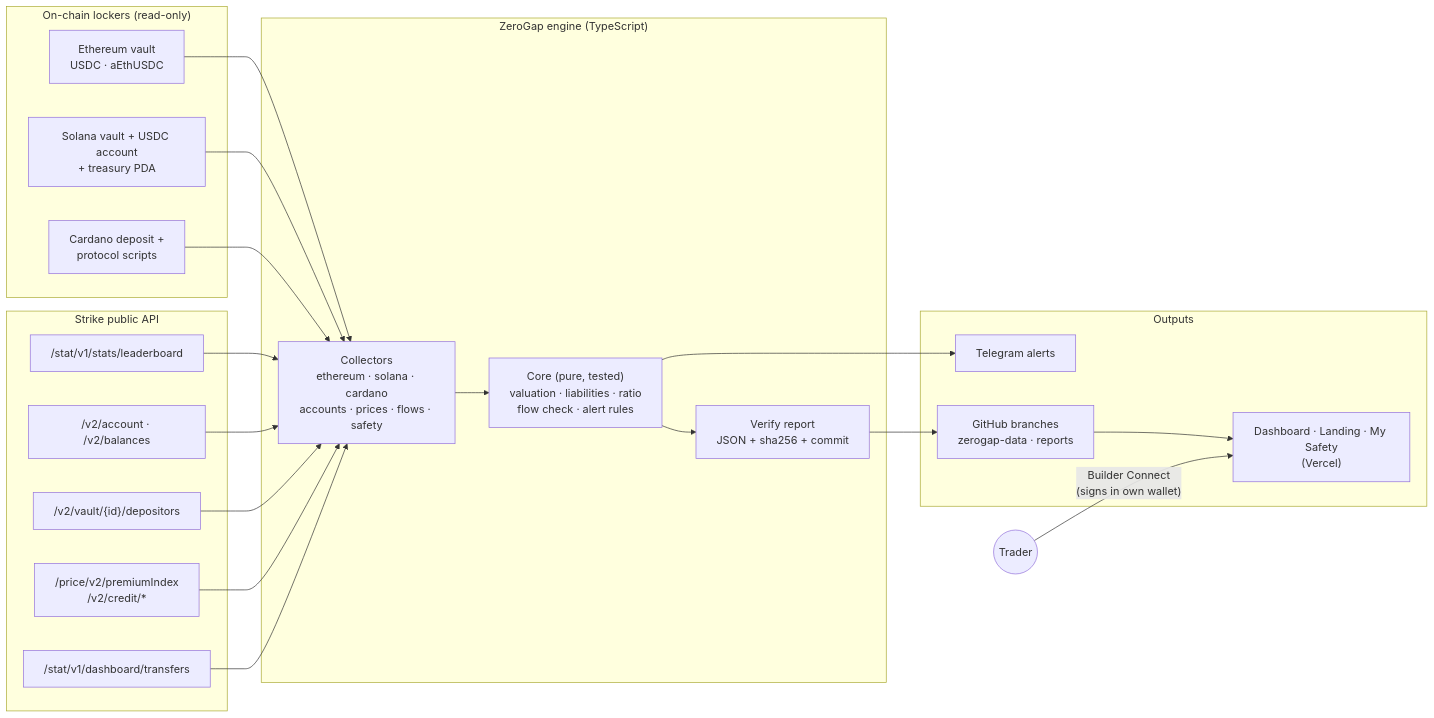
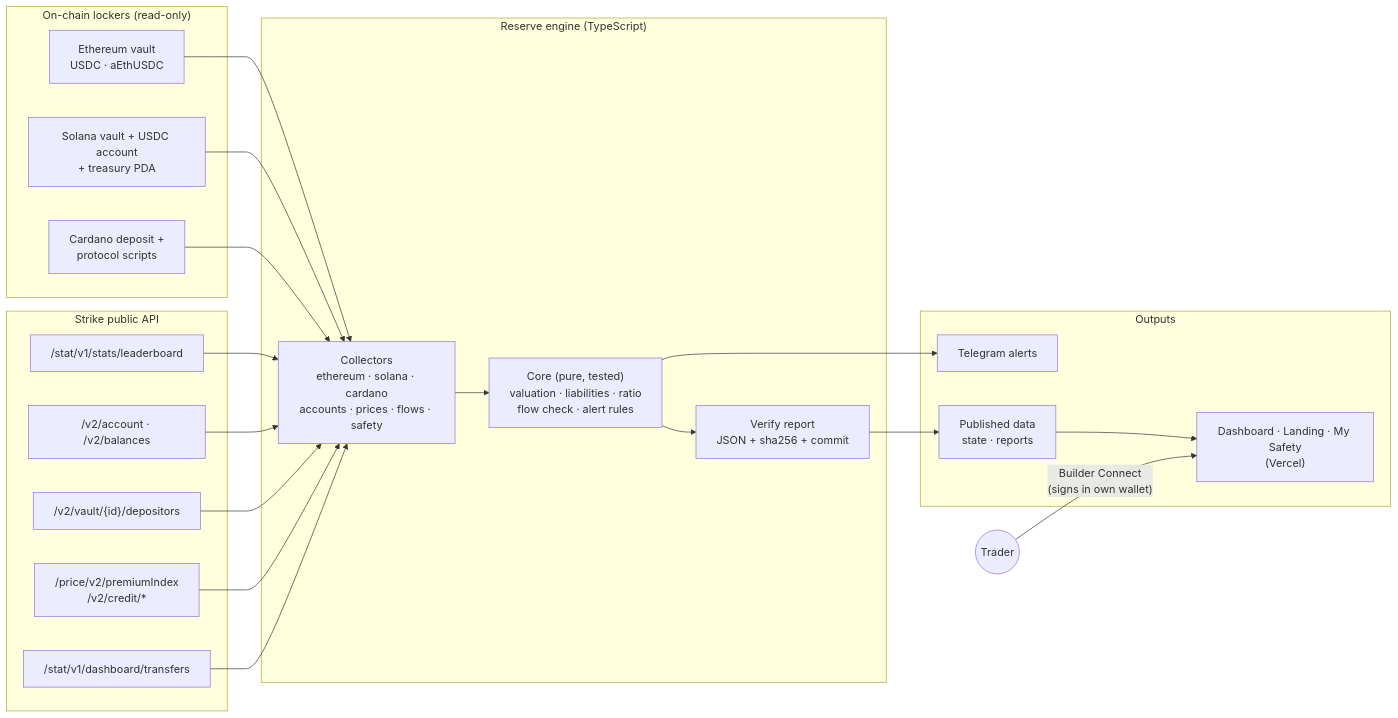
One commit to Lakshmikanth-3/GapWise changed the second of 4 diagrams in README.md. Above: the diagram before and after it, drawn with Mermaid. The commit also changed other lines of this file and 7 other files, not shown here.

````diff
--- a/README.md
+++ b/README.md
@@ -326,31 +301,31 @@
 ```mermaid
 flowchart LR
   subgraph Chains["On-chain lockers (read-only)"]
     ETH["Ethereum vault<br/>USDC · aEthUSDC"]
     SOL["Solana vault + USDC account<br/>+ treasury PDA"]
     ADA["Cardano deposit +<br/>protocol scripts"]
   end
   subgraph Strike["Strike public API"]
     LB["/stat/v1/stats/leaderboard"]
     ACC["/v2/account · /v2/balances"]
     VD["/v2/vault/{id}/depositors"]
     PR["/price/v2/premiumIndex<br/>/v2/credit/*"]
     TR["/stat/v1/dashboard/transfers"]
   end
-  subgraph Engine["ZeroGap engine (TypeScript)"]
+  subgraph Engine["Reserve engine (TypeScript)"]
     COL["Collectors<br/>ethereum · solana · cardano<br/>accounts · prices · flows · safety"]
     CORE["Core (pure, tested)<br/>valuation · liabilities · ratio<br/>flow check · alert rules"]
     REP["Verify report<br/>JSON + sha256 + commit"]
   end
   subgraph Out["Outputs"]
     WEB["Dashboard · Landing · My Safety<br/>(Vercel)"]
     TG["Telegram alerts"]
-    GH["GitHub branches<br/>zerogap-data · reports"]
+    GH["Published data<br/>state · reports"]
   end
   ETH & SOL & ADA --> COL
   LB & ACC & VD & PR & TR --> COL
   COL --> CORE --> REP
   CORE --> TG
   REP --> GH --> WEB
   USER(("Trader")) -- "Builder Connect<br/>(signs in own wallet)" --> WEB
 ```
````
